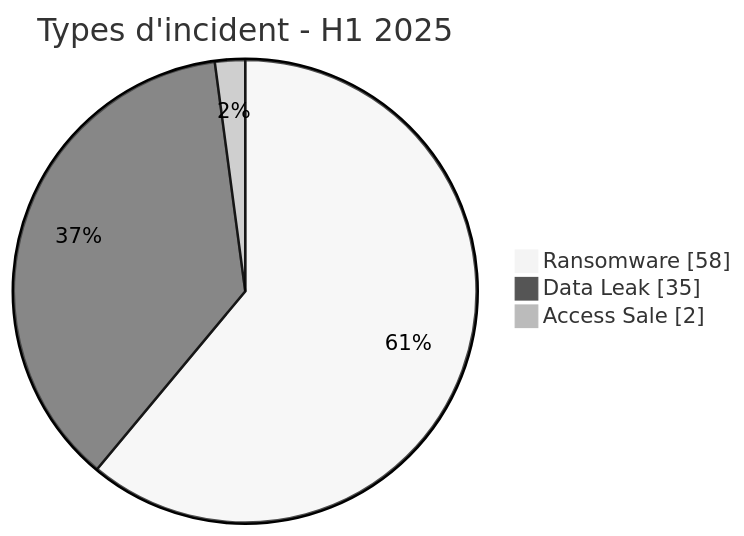
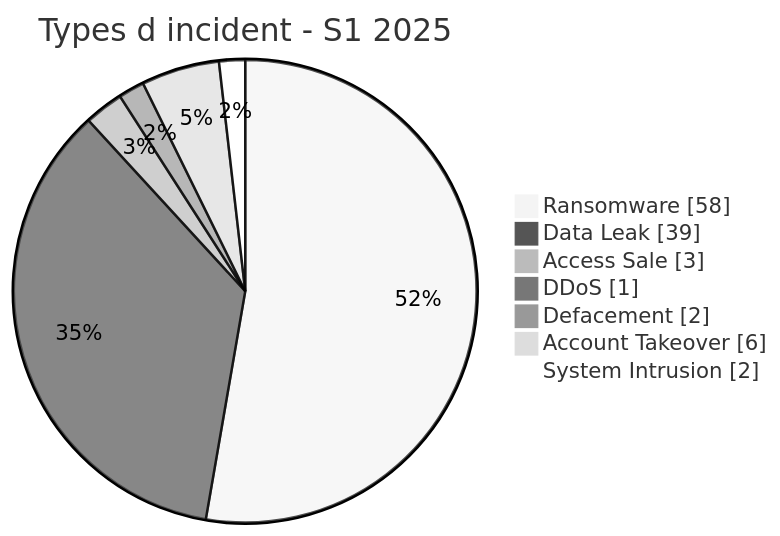
One commit to Hatchepsoute/AFRINTEL changed the second of 2 diagrams in CyberAttackAfrica/2025/README_H1_FR.md. Above: the diagram before and after it, drawn with Mermaid (neutral theme). The commit also changed other lines of this file and 73 other files, not shown here.

````diff
--- a/CyberAttackAfrica/2025/README_H1_FR.md
+++ b/CyberAttackAfrica/2025/README_H1_FR.md
@@ -62,7 +106,11 @@
 ```mermaid
 pie showData
-    title Types d'incident - H1 2025
+    title Types d incident - S1 2025
     "Ransomware" : 58
-    "Data Leak" : 35
-    "Access Sale" : 2
+    "Data Leak" : 39
+    "Access Sale" : 3
+    "DDoS" : 1
+    "Defacement" : 2
+    "Account Takeover" : 6
+    "System Intrusion" : 2
 ```
````
